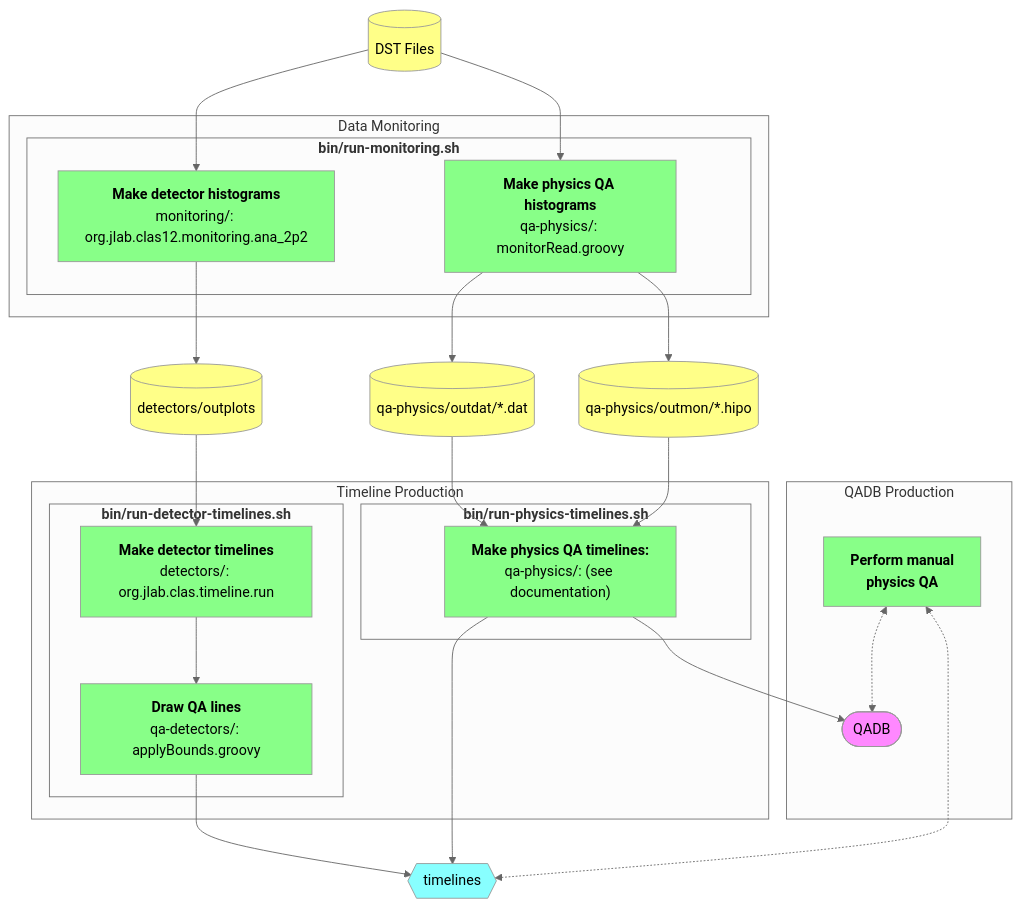
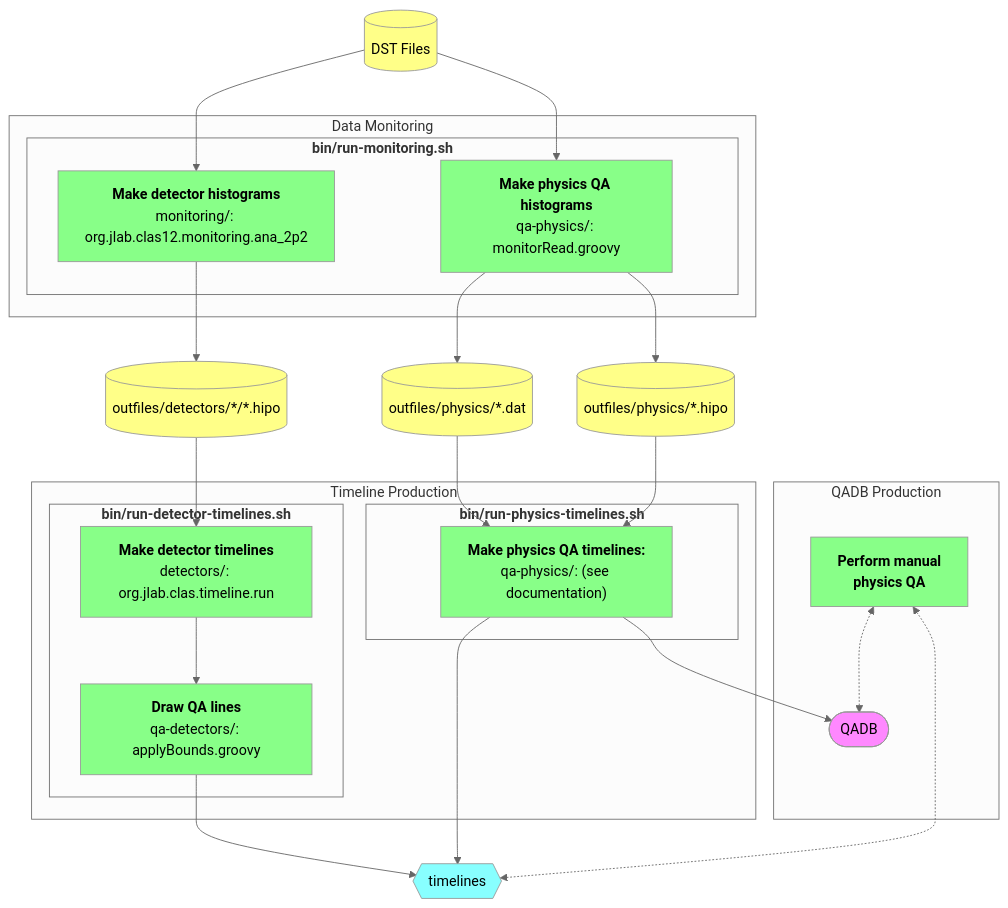
The diagram in README.md (JeffersonLab/clas12-timeline), drawn with Mermaid (neutral theme) before and after one commit. The commit also changed 7 other files, not shown here.

````diff
--- a/README.md
+++ b/README.md
@@ -75,50 +75,50 @@
 ```mermaid
 flowchart TB
 
     classDef proc     fill:#8f8,color:black
     classDef data     fill:#ff8,color:black
     classDef misc     fill:#f8f,color:black
     classDef timeline fill:#8ff,color:black
 
     dst[(DST Files)]:::data
 
     subgraph Data Monitoring
         subgraph "<strong>bin/run-monitoring.sh</strong>"
             monitorDetectors["<strong>Make detector histograms</strong><br/>monitoring/: org.jlab.clas12.monitoring.ana_2p2"]:::proc
             monitorPhysics["<strong>Make physics QA histograms</strong><br/>qa-physics/: monitorRead.groovy"]:::proc
         end
     end
     dst --> monitorDetectors
     dst --> monitorPhysics
 
-    monitorDetectors --> outplots[(detectors/outplots)]:::data
-    monitorPhysics   --> outdat[(qa-physics/outdat/*.dat)]:::data
-    monitorPhysics   --> outmon[(qa-physics/outmon/*.hipo)]:::data
+    monitorDetectors --> outplots[(outfiles/detectors/*/*.hipo)]:::data
+    monitorPhysics   --> outdat[(outfiles/physics/*.dat)]:::data
+    monitorPhysics   --> outmon[(outfiles/physics/*.hipo)]:::data
 
     subgraph Timeline Production
         subgraph "<strong>bin/run-detector-timelines.sh</strong>"
             timelineDetectorsPreQA["<strong>Make detector timelines</strong><br/>detectors/: org.jlab.clas.timeline.run"]:::proc
             timelineDetectors["<strong>Draw QA lines</strong><br/>qa-detectors/: applyBounds.groovy"]:::proc
         end
         subgraph "<strong>bin/run-physics-timelines.sh</strong>"
             timelinePhysics["<strong>Make physics QA timelines:</strong><br/>qa-physics/: (see documentation)"]:::proc
         end
     end
 
     outplots --> timelineDetectorsPreQA --> timelineDetectors
     outdat   --> timelinePhysics
     outmon   --> timelinePhysics
 
     subgraph QADB Production
         qadb([QADB]):::misc
         manualQA[<strong>Perform manual<br/>physics QA</strong>]:::proc
     end
     
     timelines{{timelines}}:::timeline
 
     timelineDetectors --> timelines
     timelinePhysics   --> timelines
     timelinePhysics   --> qadb
     manualQA <-.-> timelines
     manualQA <-.-> qadb
 ```
````
